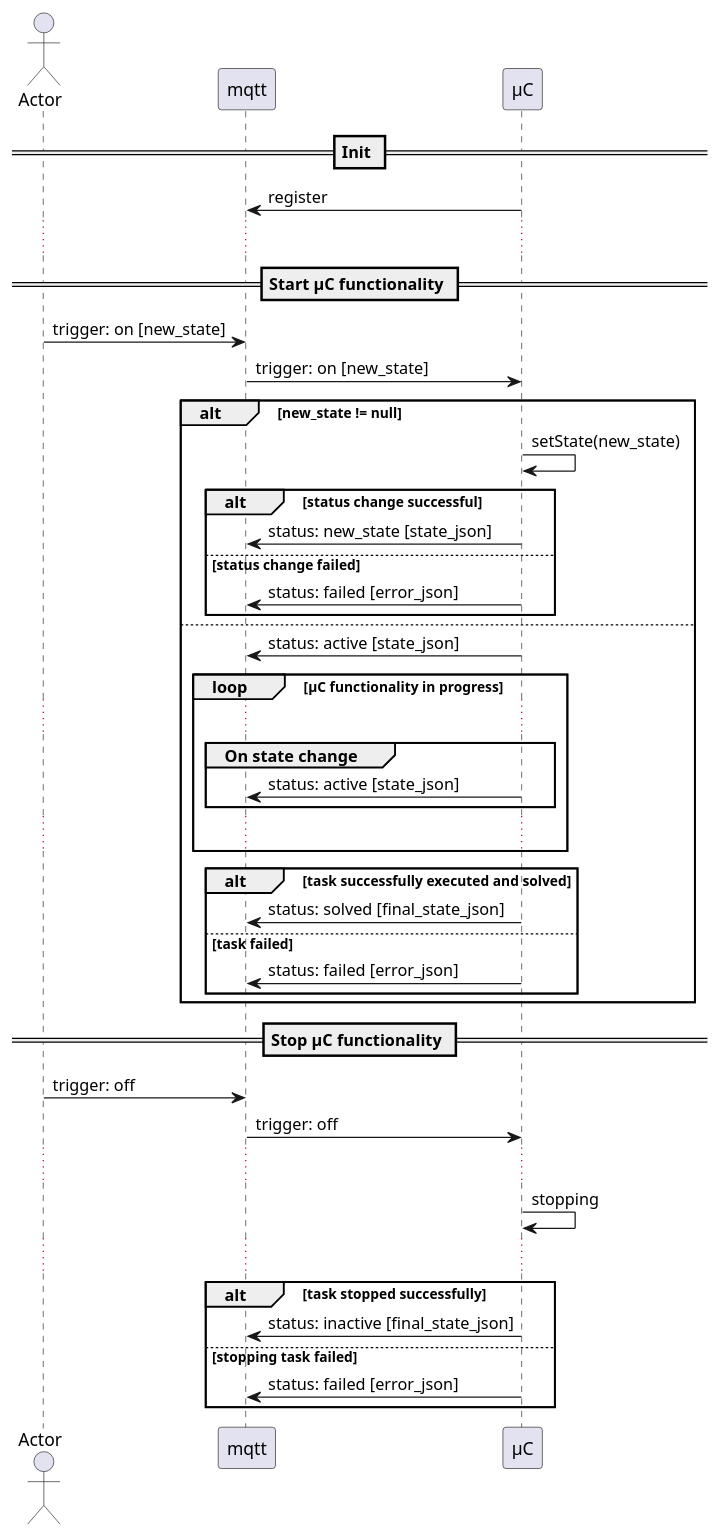
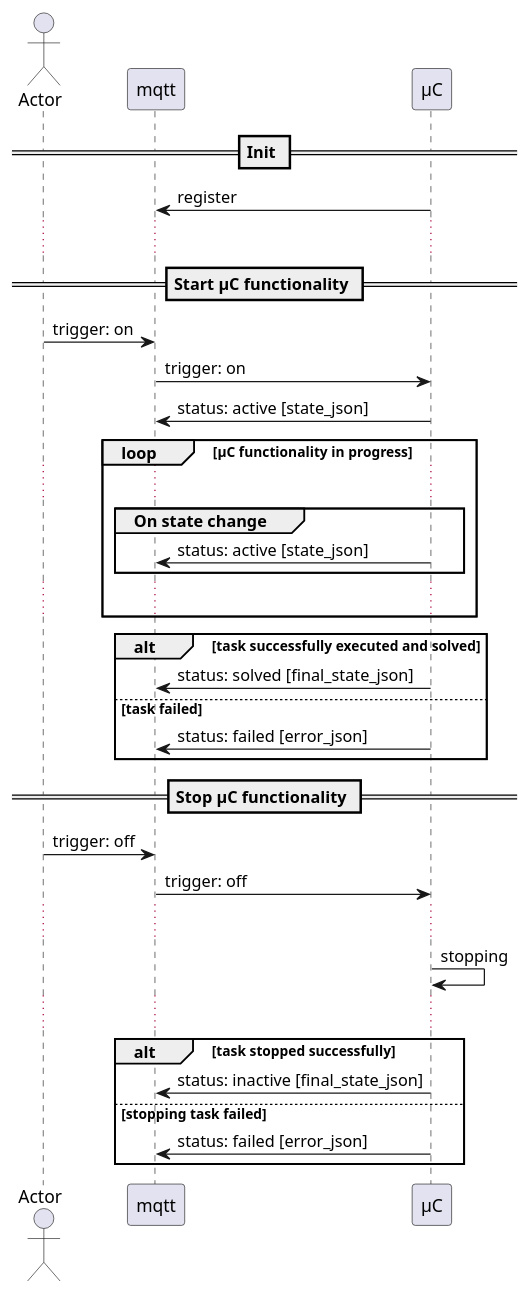
The diagram in design/general_sequence.puml (ubilab-ws21/operator), drawn with PlantUML before and after one commit. The commit also changed 1 other file, not shown here.

Commit message:
[close #7] Remove new_state in trigger method

```diff
--- a/design/general_sequence.puml
+++ b/design/general_sequence.puml
@@ -1,53 +1,41 @@
 @startuml general_μC_workflow
 actor Actor
 participant mqtt
 participant μC
 
 == Init ==
 μC -> mqtt: register
 ...
 
 == Start μC functionality ==
-Actor -> mqtt: trigger: on [new_state]
-mqtt -> μC: trigger: on [new_state]
+Actor -> mqtt: trigger: on
+mqtt -> μC: trigger: on
 
+μC -> mqtt: status: active [state_json]
 
-alt new_state != null
-    μC -> μC: setState(new_state)
+loop μC functionality in progress
+    ...
+    group On state change
+        μC -> mqtt: status: active [state_json]
+    end
+    ...
+end
 
-    alt status change successful
-        μC -> mqtt: status: new_state [state_json]
-    else status change failed
-        μC -> mqtt: status: failed [error_json]
-    end
-
-else
-    μC -> mqtt: status: active [state_json]
-
-    loop μC functionality in progress
-        ...
-        group On state change
-            μC -> mqtt: status: active [state_json]
-        end
-        ...
-    end
-
-    alt task successfully executed and solved
-        μC -> mqtt: status: solved [final_state_json]
-    else task failed
-        μC -> mqtt: status: failed [error_json]
-    end
+alt task successfully executed and solved
+    μC -> mqtt: status: solved [final_state_json]
+else task failed
+    μC -> mqtt: status: failed [error_json]
 end
 
 == Stop μC functionality ==
 Actor -> mqtt: trigger: off
 mqtt -> μC: trigger: off
 ...
 μC -> μC: stopping
 ...
 alt task stopped successfully
     μC -> mqtt: status: inactive [final_state_json]
 else stopping task failed
     μC -> mqtt: status: failed [error_json]
 end
 @enduml
```
